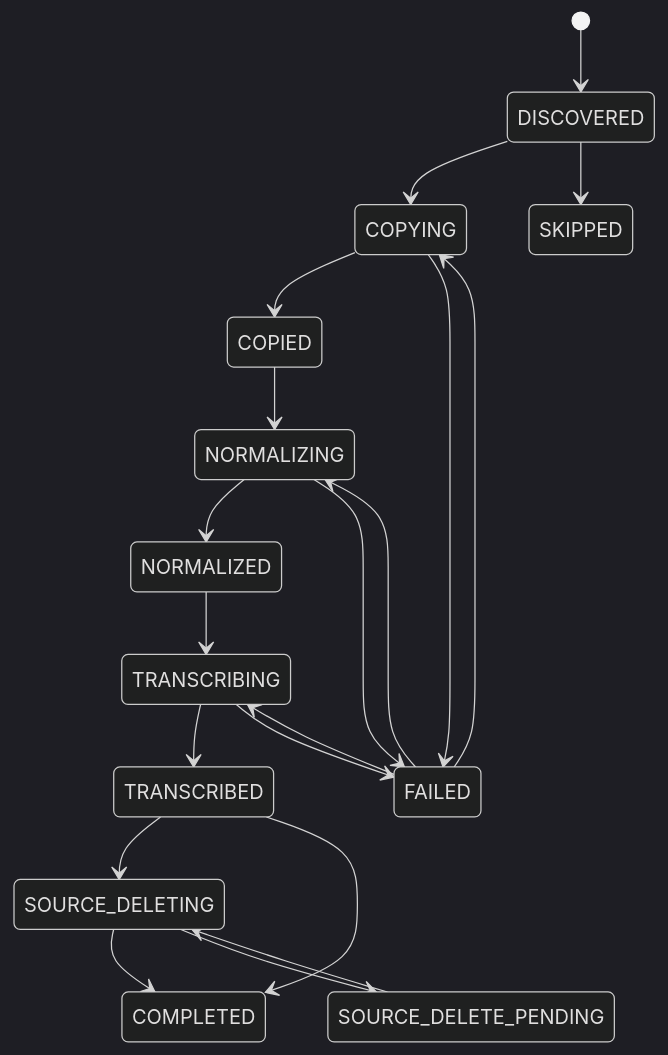
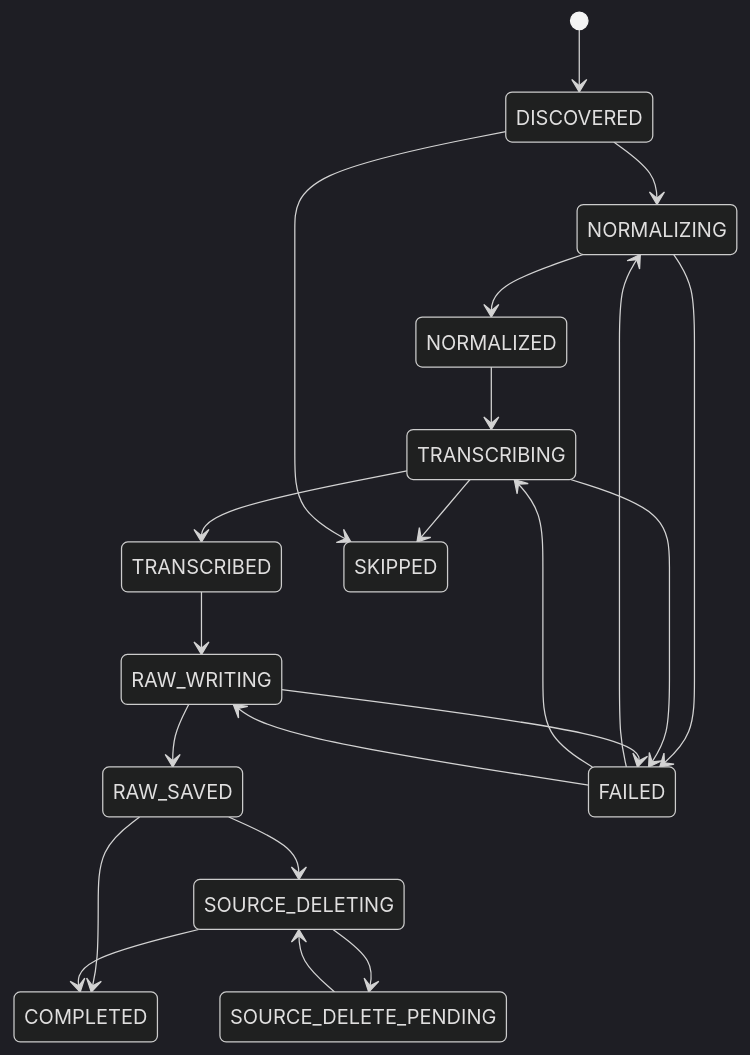
The second of 3 diagrams in docs/SPEC.md (shinsuke-terada/voicedock), drawn with Mermaid (dark theme) before and after one commit. The commit also changed other lines of this file and 1 other file, not shown here.

````diff
--- a/docs/SPEC.md
+++ b/docs/SPEC.md
@@ -955,23 +1026,24 @@
 ```mermaid
 stateDiagram-v2
     [*] --> DISCOVERED
-    DISCOVERED --> COPYING
-    COPYING --> COPIED
-    COPIED --> NORMALIZING
+    DISCOVERED --> NORMALIZING
     NORMALIZING --> NORMALIZED
     NORMALIZED --> TRANSCRIBING
     TRANSCRIBING --> TRANSCRIBED
-    TRANSCRIBED --> SOURCE_DELETING
+    TRANSCRIBING --> SKIPPED
+    TRANSCRIBED --> RAW_WRITING
+    RAW_WRITING --> RAW_SAVED
+    RAW_SAVED --> SOURCE_DELETING
+    RAW_SAVED --> COMPLETED
     SOURCE_DELETING --> COMPLETED
     SOURCE_DELETING --> SOURCE_DELETE_PENDING
     SOURCE_DELETE_PENDING --> SOURCE_DELETING
-    TRANSCRIBED --> COMPLETED
 
-    COPYING --> FAILED
     NORMALIZING --> FAILED
     TRANSCRIBING --> FAILED
-    FAILED --> COPYING
+    RAW_WRITING --> FAILED
     FAILED --> NORMALIZING
     FAILED --> TRANSCRIBING
+    FAILED --> RAW_WRITING
     DISCOVERED --> SKIPPED
 ```
````
